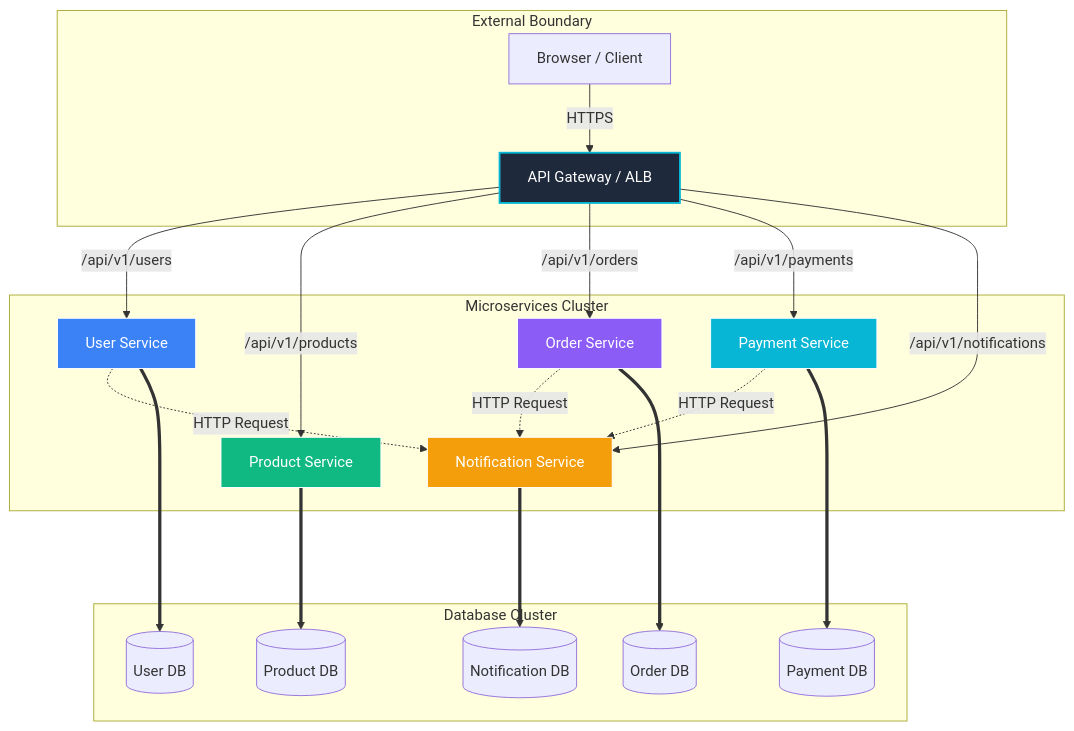
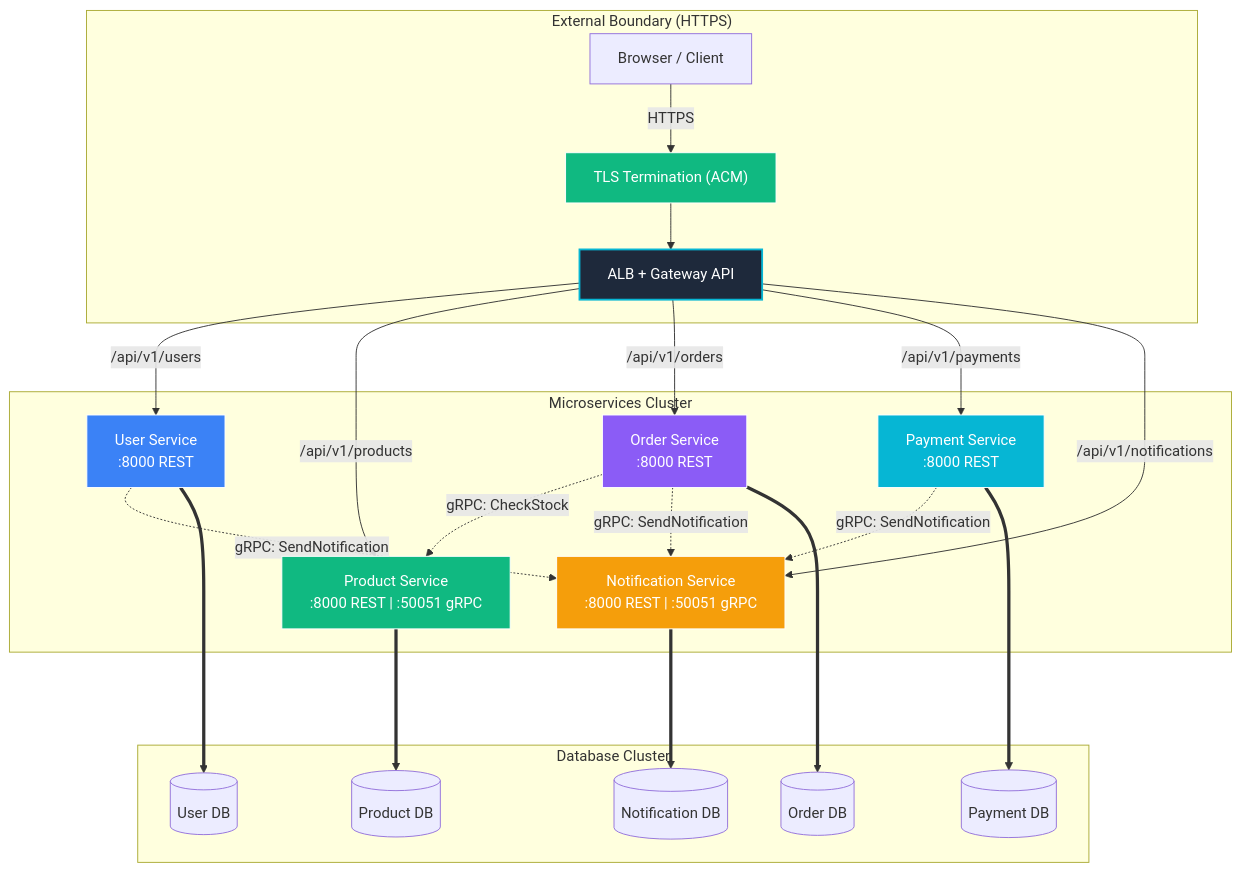
One commit to Malviya-Shashank/ecommerce-platform changed the first of 2 diagrams in CLOUD_MIGRATION.md. Above: the diagram before and after it, drawn with Mermaid. The commit also changed other lines of this file and 82 other files, not shown here.

````diff
--- a/CLOUD_MIGRATION.md
+++ b/CLOUD_MIGRATION.md
@@ -39,47 +57,50 @@
 ```mermaid
 graph TD
-    subgraph "External Boundary"
-        Client[Browser / Client]
-        Ingress[API Gateway / ALB]
+    subgraph "External Boundary (HTTPS)"
+        Client["Browser / Client"]
+        TLS["TLS Termination (ACM)"]
+        Ingress["ALB + Gateway API"]
     end
 
     subgraph "Microservices Cluster"
-        User[User Service]
-        Product[Product Service]
-        Order[Order Service]
-        Payment[Payment Service]
-        Notify[Notification Service]
+        User["User Service<br/>:8000 REST"]
+        Product["Product Service<br/>:8000 REST | :50051 gRPC"]
+        Order["Order Service<br/>:8000 REST"]
+        Payment["Payment Service<br/>:8000 REST"]
+        Notify["Notification Service<br/>:8000 REST | :50051 gRPC"]
     end
 
     subgraph "Database Cluster"
-        DB_User[(User DB)]
-        DB_Prod[(Product DB)]
-        DB_Order[(Order DB)]
-        DB_Pay[(Payment DB)]
-        DB_Notify[(Notification DB)]
+        DB_User[("User DB")]
+        DB_Prod[("Product DB")]
+        DB_Order[("Order DB")]
+        DB_Pay[("Payment DB")]
+        DB_Notify[("Notification DB")]
     end
 
-    Client -->|HTTPS| Ingress
-    Ingress -->|/api/v1/users| User
-    Ingress -->|/api/v1/products| Product
-    Ingress -->|/api/v1/orders| Order
-    Ingress -->|/api/v1/payments| Payment
-    Ingress -->|/api/v1/notifications| Notify
+    Client -->|HTTPS| TLS --> Ingress
+    Ingress -->|"/api/v1/users"| User
+    Ingress -->|"/api/v1/products"| Product
+    Ingress -->|"/api/v1/orders"| Order
+    Ingress -->|"/api/v1/payments"| Payment
+    Ingress -->|"/api/v1/notifications"| Notify
 
-    User -.->|HTTP Request| Notify
-    Order -.->|HTTP Request| Notify
-    Payment -.->|HTTP Request| Notify
+    User -.->|"gRPC: SendNotification"| Notify
+    Order -.->|"gRPC: CheckStock"| Product
+    Order -.->|"gRPC: SendNotification"| Notify
+    Payment -.->|"gRPC: SendNotification"| Notify
 
     User ===> DB_User
     Product ===> DB_Prod
     Order ===> DB_Order
     Payment ===> DB_Pay
     Notify ===> DB_Notify
 
     style Ingress fill:#1e293b,stroke:#06b6d4,stroke-width:2px,color:#fff
+    style TLS fill:#10b981,stroke:#fff,stroke-width:1px,color:#fff
     style User fill:#3b82f6,stroke:#fff,stroke-width:1px,color:#fff
     style Product fill:#10b981,stroke:#fff,stroke-width:1px,color:#fff
     style Order fill:#8b5cf6,stroke:#fff,stroke-width:1px,color:#fff
     style Payment fill:#06b6d4,stroke:#fff,stroke-width:1px,color:#fff
     style Notify fill:#f59e0b,stroke:#fff,stroke-width:1px,color:#fff
 ```
````
